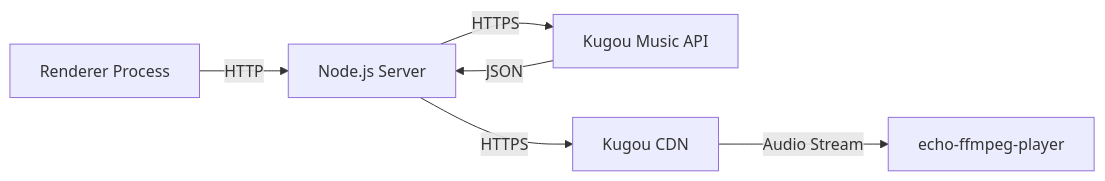
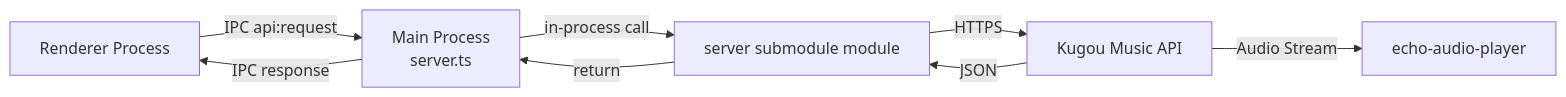
One commit to yaoyaoprincess/EchoMusic-docs changed the third of 4 diagrams in docs/en/develop/architecture.md. Above: the diagram before and after it, drawn with Mermaid. The commit also changed other lines of this file and 25 other files, not shown here.

````diff
--- a/docs/en/develop/architecture.md
+++ b/docs/en/develop/architecture.md
@@ -102,8 +129,10 @@
 ```mermaid
 graph LR
-    A[Renderer Process] -->|HTTP| B[Node.js Server]
-    B -->|HTTPS| C[Kugou Music API]
-    B -->|HTTPS| D[Kugou CDN]
-    C -->|JSON| B
-    D -->|Audio Stream| E[echo-ffmpeg-player]
+    A[Renderer Process] -->|IPC api:request| B[Main Process<br/>server.ts]
+    B -->|in-process call| C[server submodule module]
+    C -->|HTTPS| D[Kugou Music API]
+    D -->|JSON| C
+    C -->|return| B
+    B -->|IPC response| A
+    D -->|Audio Stream| E[echo-audio-player]
 ```
````
